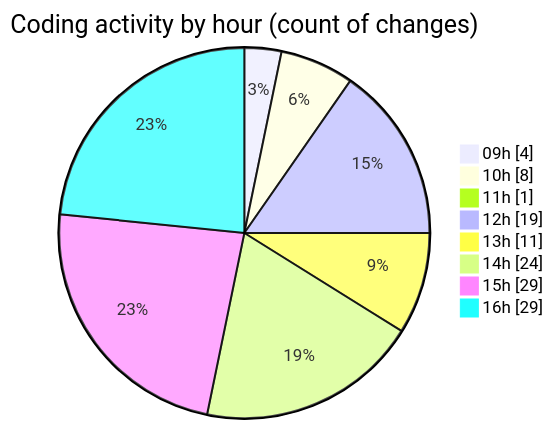
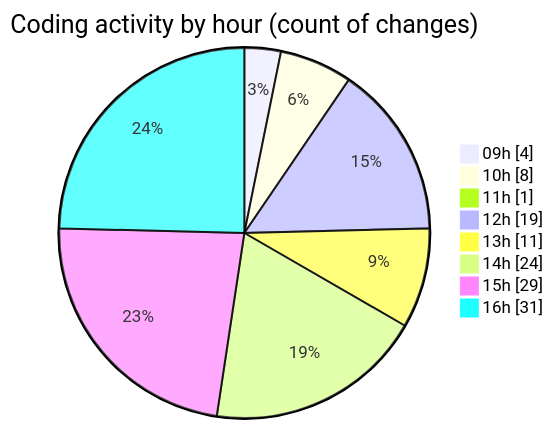
Before and after one commit to nxtqubesakshisongat/code-tracking: the second of 2 diagrams in 2026-02-18/nxtqube_webapp/README.md, drawn with Mermaid. The commit also changed other lines of this file and 1 other file, not shown here.

````diff
--- a/2026-02-18/nxtqube_webapp/README.md
+++ b/2026-02-18/nxtqube_webapp/README.md
@@ -38,12 +38,12 @@
 ```mermaid
 pie showData
 title Coding activity by hour (count of changes)
 "09h" : 4
 "10h" : 8
 "11h" : 1
 "12h" : 19
 "13h" : 11
 "14h" : 24
 "15h" : 29
-"16h" : 29
+"16h" : 31
 ```
````
